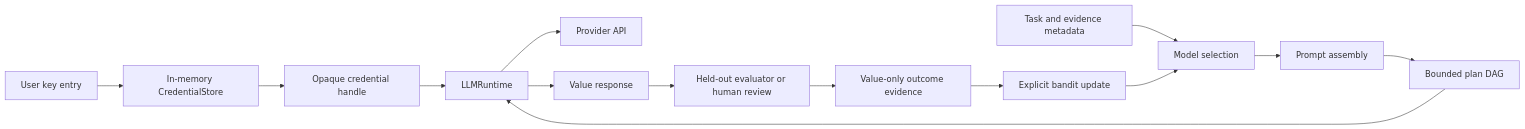
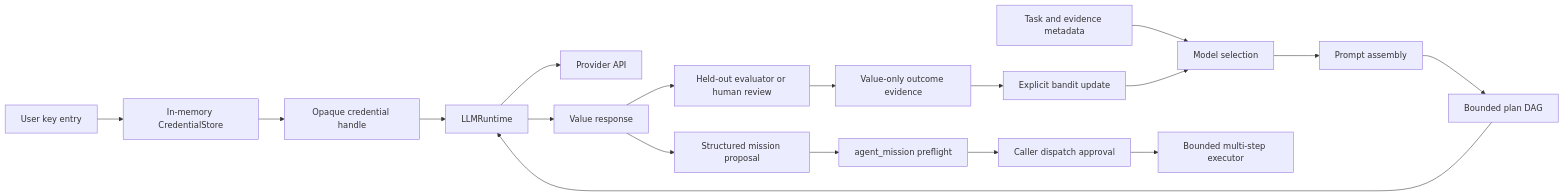
The diagram in docs/AUTONOMOUS_BRAIN.md (AURORA-NEURO/aurora-agent), drawn with Mermaid before and after one commit. The commit also changed other lines of this file and 10 other files, not shown here.

````diff
--- a/docs/AUTONOMOUS_BRAIN.md
+++ b/docs/AUTONOMOUS_BRAIN.md
@@ -6,16 +6,20 @@
 ```mermaid
 flowchart LR
     U[User key entry] --> CS[In-memory CredentialStore]
     CS --> H[Opaque credential handle]
     H --> RT[LLMRuntime]
     RT --> P[Provider API]
     Q[Task and evidence metadata] --> MS[Model selection]
     MS --> PA[Prompt assembly]
     PA --> PL[Bounded plan DAG]
     PL --> RT
     RT --> O[Value response]
+    O --> MP[Structured mission proposal]
+    MP --> MF[agent_mission preflight]
+    MF --> MD[Caller dispatch approval]
+    MD --> ME[Bounded multi-step executor]
     O --> EV[Held-out evaluator or human review]
     EV --> OE[Value-only outcome evidence]
     OE --> BU[Explicit bandit update]
     BU --> MS
 ```
````
